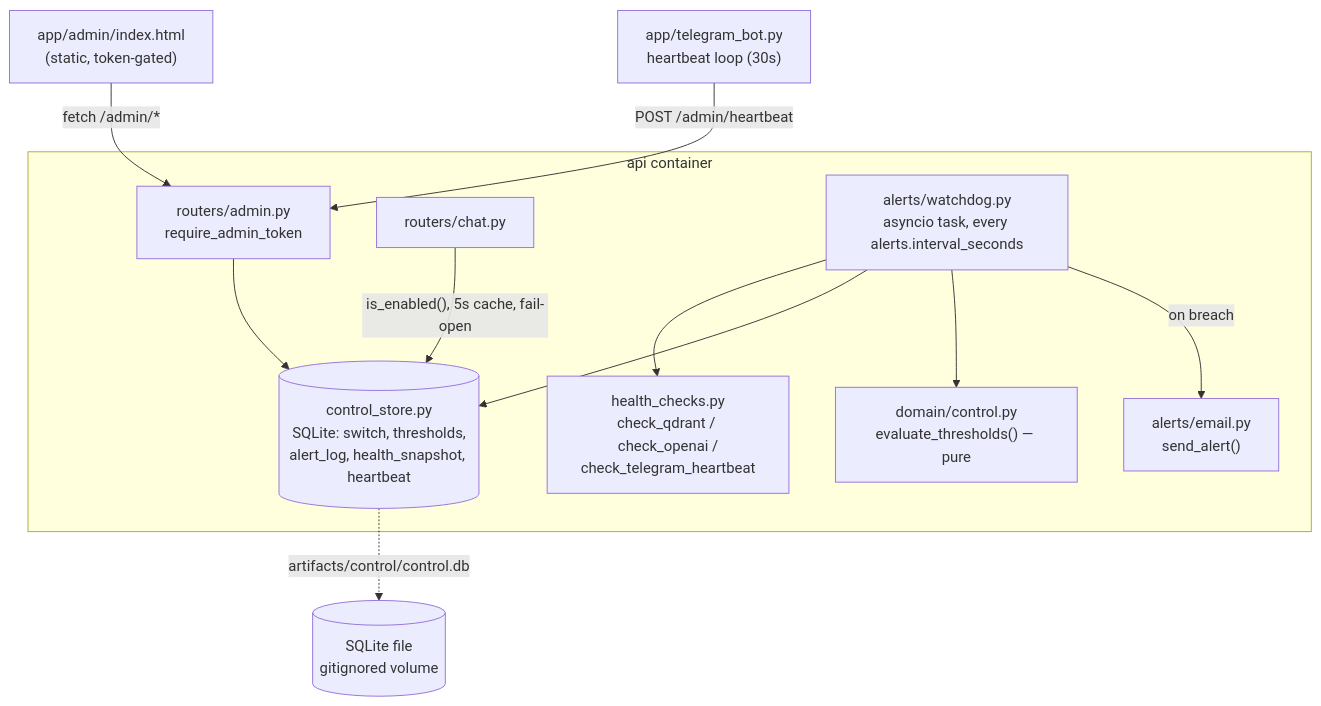
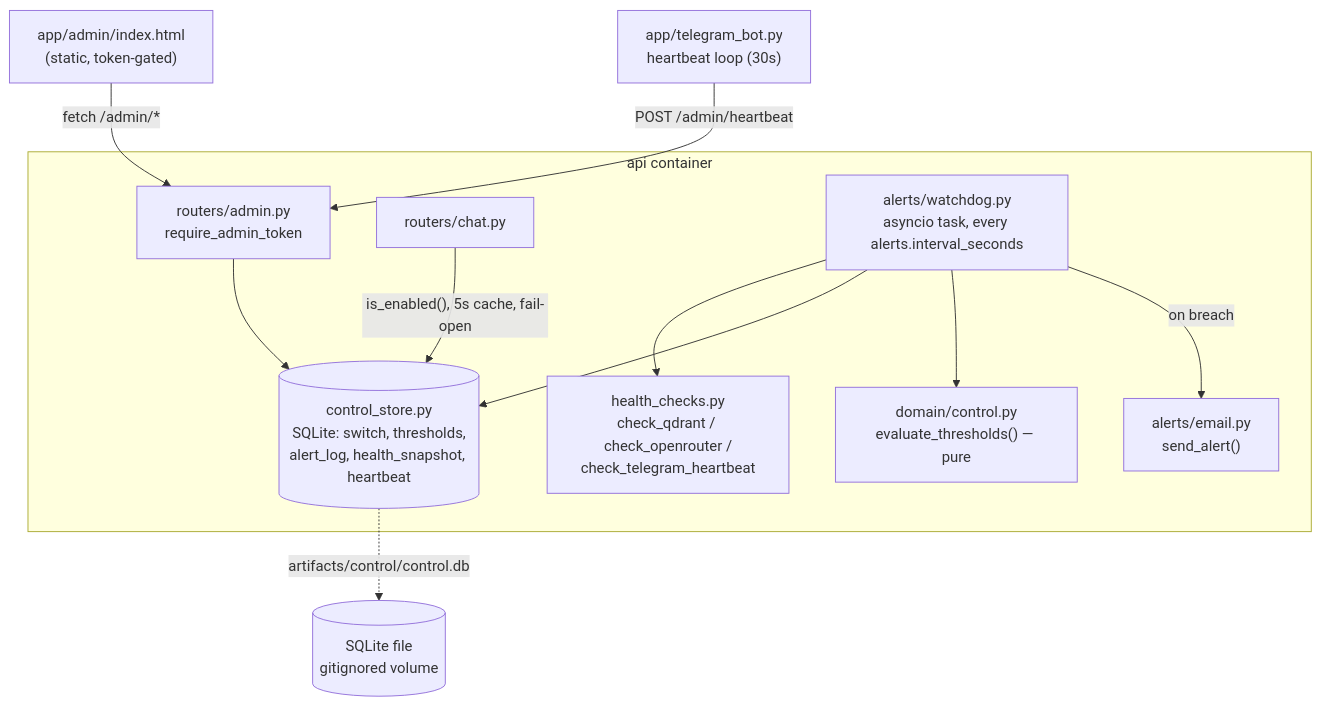
One commit to jooaobrum/habitantes-grenoble-agent changed the fifth of 5 diagrams in docs/ARCHITECTURE.md. Above: the diagram before and after it, drawn with Mermaid. The commit also changed other lines of this file and 9 other files, not shown here.

````diff
--- a/docs/ARCHITECTURE.md
+++ b/docs/ARCHITECTURE.md
@@ -171,24 +176,24 @@
 ```mermaid
 flowchart TD
     Dash["app/admin/index.html<br>(static, token-gated)"] -->|fetch /admin/*| AdminRouter
     TGBot["app/telegram_bot.py<br>heartbeat loop (30s)"] -->|POST /admin/heartbeat| AdminRouter
 
     subgraph API["api container"]
         AdminRouter["routers/admin.py<br>require_admin_token"]
         ChatRouter["routers/chat.py"]
         Watchdog["alerts/watchdog.py<br>asyncio task, every alerts.interval_seconds"]
         Control["domain/control.py<br>evaluate_thresholds() — pure"]
         Store[("control_store.py<br>SQLite: switch, thresholds,<br>alert_log, health_snapshot, heartbeat")]
-        Health["health_checks.py<br>check_qdrant / check_openai /<br>check_telegram_heartbeat"]
+        Health["health_checks.py<br>check_qdrant / check_openrouter /<br>check_telegram_heartbeat"]
         Email["alerts/email.py<br>send_alert()"]
     end
 
     ChatRouter -->|"is_enabled(), 5s cache, fail-open"| Store
     AdminRouter --> Store
     Watchdog --> Health
     Watchdog --> Store
     Watchdog --> Control
     Watchdog -->|on breach| Email
 
     Store -.->|artifacts/control/control.db| DB[("SQLite file<br>gitignored volume")]
 ```
````
